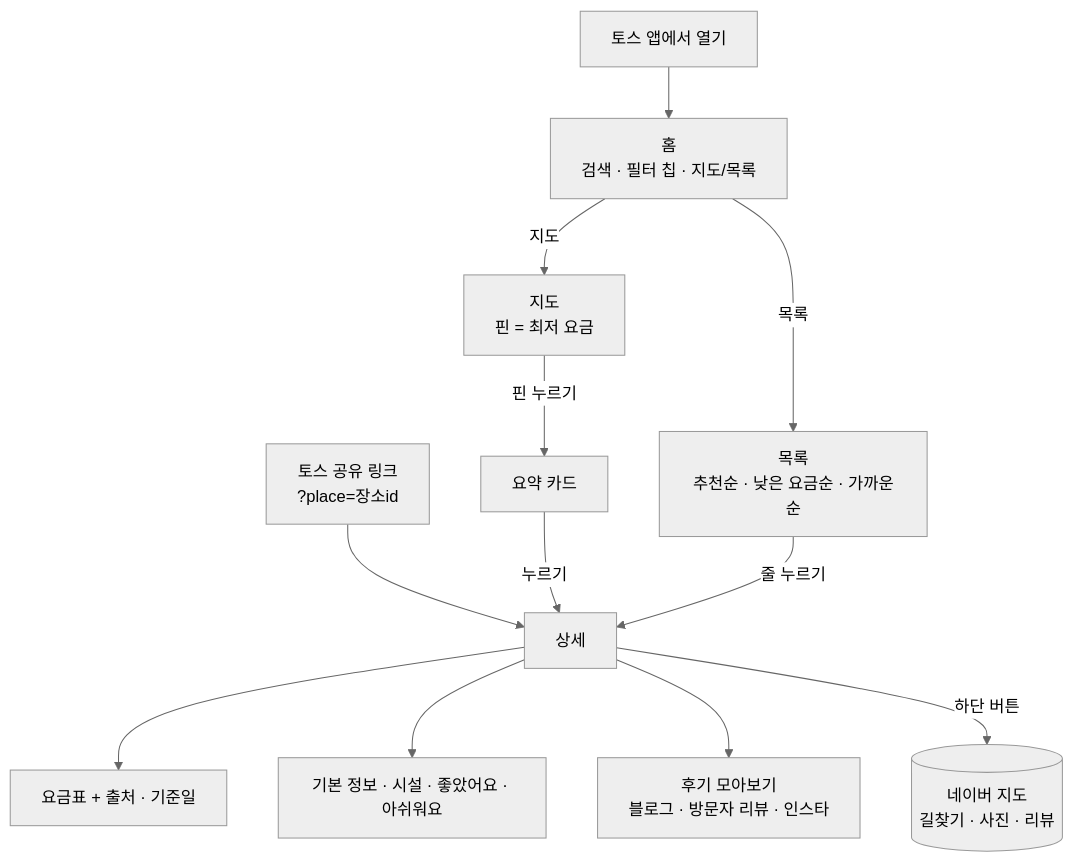
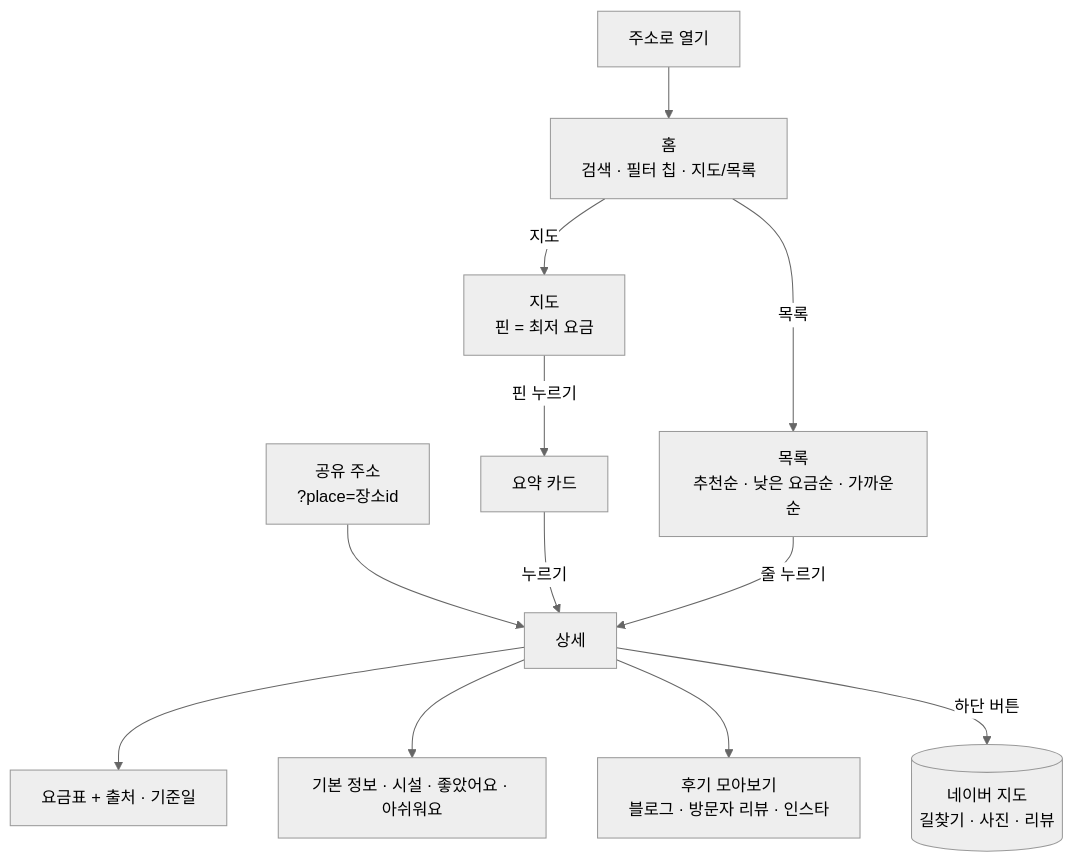
The first of 2 diagrams in jjimjilbang-map/docs/기획서.md (howoo101/test), drawn with Mermaid (neutral theme) before and after one commit. The commit also changed other lines of this file and 25 other files, not shown here.

````diff
--- a/jjimjilbang-map/docs/기획서.md
+++ b/jjimjilbang-map/docs/기획서.md
@@ -138,14 +142,14 @@
 ```mermaid
 flowchart TD
-  T[토스 앱에서 열기] --> H[홈<br/>검색 · 필터 칩 · 지도/목록]
-  S[토스 공유 링크<br/>?place=장소id] --> D
+  T[주소로 열기] --> H[홈<br/>검색 · 필터 칩 · 지도/목록]
+  S[공유 주소<br/>?place=장소id] --> D
   H -->|지도| M[지도<br/>핀 = 최저 요금]
   H -->|목록| L[목록<br/>추천순 · 낮은 요금순 · 가까운순]
   M -->|핀 누르기| C[요약 카드]
   C -->|누르기| D[상세]
   L -->|줄 누르기| D
   D --> P[요금표 + 출처 · 기준일]
   D --> I[기본 정보 · 시설 · 좋았어요 · 아쉬워요]
   D --> R[후기 모아보기<br/>블로그 · 방문자 리뷰 · 인스타]
   D -->|하단 버튼| N[(네이버 지도<br/>길찾기 · 사진 · 리뷰)]
 ```
````
